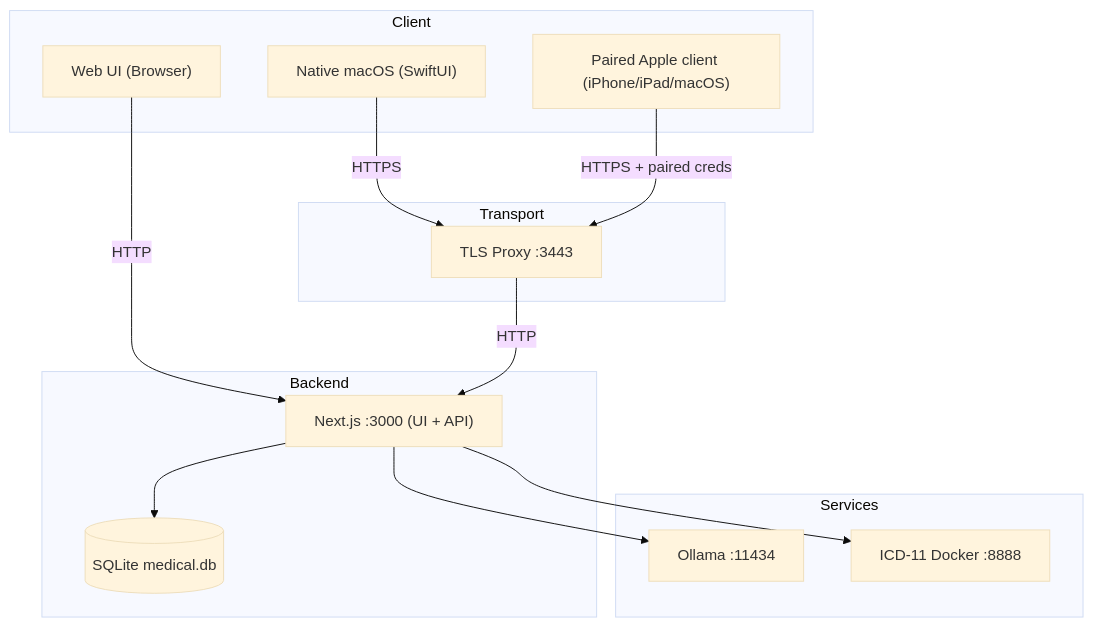
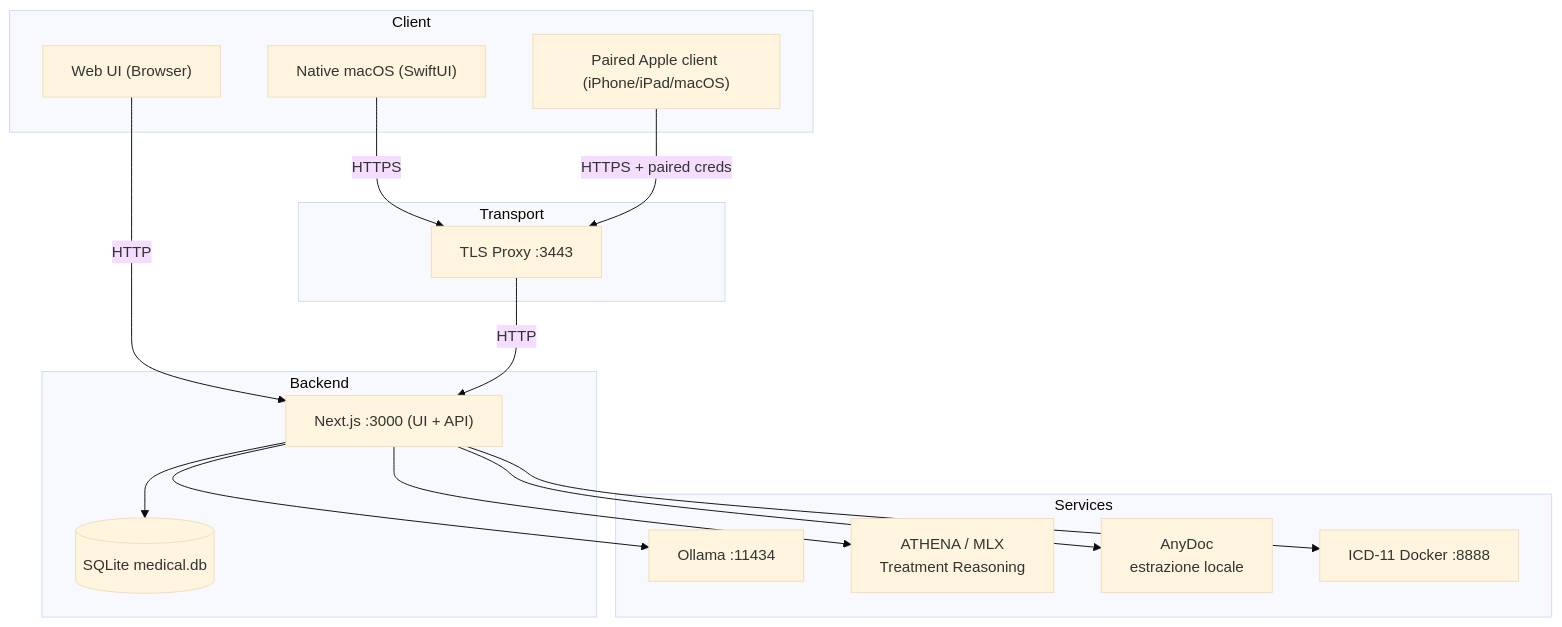
Before and after one commit to Wulfgardr/mediflow: the diagram in ARCHITECTURE.md, drawn with Mermaid (base theme). The commit also changed other lines of this file and 6 other files, not shown here.

Commit message:
docs(architecture): allinea il perimetro 0.8.5

````diff
--- a/ARCHITECTURE.md
+++ b/ARCHITECTURE.md
@@ -129,30 +206,34 @@
 ```mermaid
 flowchart TB
   subgraph "Client"
     Web["Web UI (Browser)"]
     Mac["Native macOS (SwiftUI)"]
     Peer["Paired Apple client (iPhone/iPad/macOS)"]
   end
 
   subgraph "Transport"
     TLS["TLS Proxy :3443"]
   end
 
   subgraph "Backend"
     Next["Next.js :3000 (UI + API)"]
     DB[("SQLite medical.db")]
   end
 
   subgraph "Services"
     Ollama["Ollama :11434"]
+    Athena["ATHENA / MLX<br/>Treatment Reasoning"]
+    AnyDoc["AnyDoc<br/>estrazione locale"]
     ICD["ICD-11 Docker :8888"]
   end
 
   Web -->|HTTP| Next
   Mac -->|HTTPS| TLS -->|HTTP| Next
   Peer -->|HTTPS + paired creds| TLS
 
   Next --> DB
   Next --> Ollama
+  Next --> Athena
+  Next --> AnyDoc
   Next --> ICD
 ```
````
